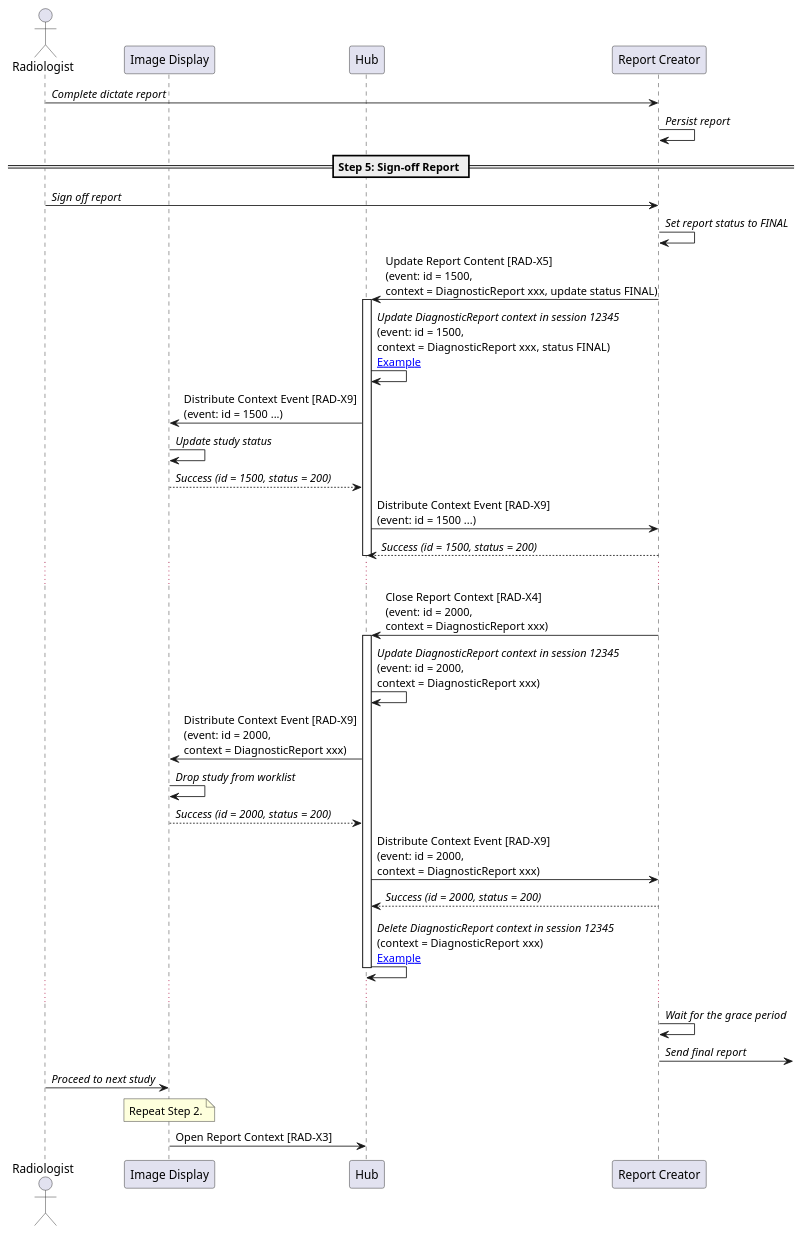
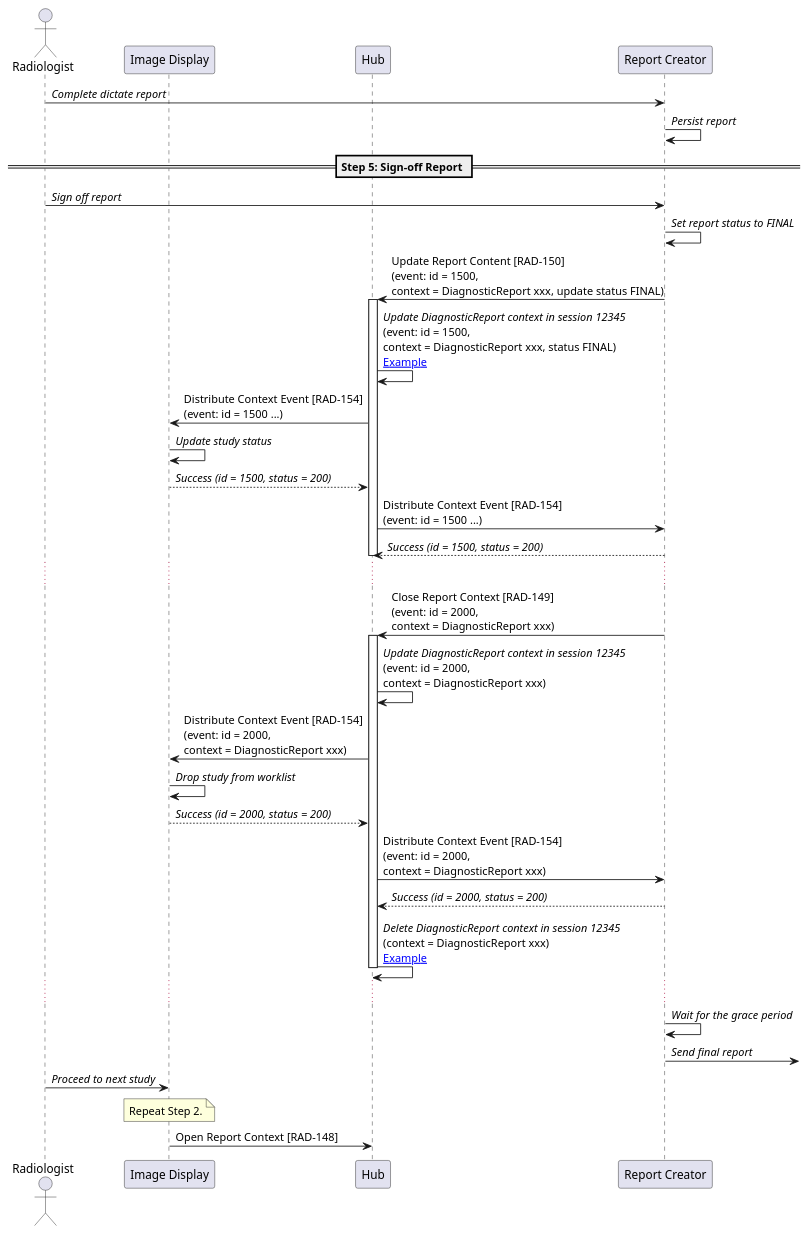
The diagram in input/images-source/step5-signoff-report.plantuml (IHE/RAD.IRA), drawn with PlantUML before and after one commit. The commit also changed 44 other files, not shown here.

```diff
--- a/input/images-source/step5-signoff-report.plantuml
+++ b/input/images-source/step5-signoff-report.plantuml
@@ -1,55 +1,55 @@
 @startuml
 
 actor Radiologist as User
 participant "Image Display" as PACS
 participant "Hub" as Hub
 participant "Report Creator" as Report
 
 User->Report: //Complete dictate report//
 Report->Report: //Persist report//
 
 == Step 5: Sign-off Report ==
 
 User->Report: //Sign off report//
 Report->Report: //Set report status to FINAL//
 
-Report->Hub: Update Report Content [RAD-X5]\n(event: id = 1500,\ncontext = DiagnosticReport xxx, update status FINAL)
+Report->Hub: Update Report Content [RAD-150]\n(event: id = 1500,\ncontext = DiagnosticReport xxx, update status FINAL)
 activate Hub
 
 Hub->Hub: //Update DiagnosticReport context in session 12345//\n(event: id = 1500,\ncontext = DiagnosticReport xxx, status FINAL)\n[[update_report_status.html#available-context-and-content-in-hub Example]]
 
-Hub->PACS: Distribute Context Event [RAD-X9]\n(event: id = 1500 ...)
+Hub->PACS: Distribute Context Event [RAD-154]\n(event: id = 1500 ...)
 PACS->PACS: //Update study status//
 PACS-->Hub: //Success (id = 1500, status = 200)//
-Hub->Report: Distribute Context Event [RAD-X9]\n(event: id = 1500 ...)
+Hub->Report: Distribute Context Event [RAD-154]\n(event: id = 1500 ...)
 Report-->Hub: //Success (id = 1500, status = 200)//
 deactivate Hub
 
 ...
 
-Report->Hub: Close Report Context [RAD-X4]\n(event: id = 2000,\ncontext = DiagnosticReport xxx)
+Report->Hub: Close Report Context [RAD-149]\n(event: id = 2000,\ncontext = DiagnosticReport xxx)
 activate Hub
 
 Hub->Hub: //Update DiagnosticReport context in session 12345//\n(event: id = 2000,\ncontext = DiagnosticReport xxx)
 
-Hub->PACS: Distribute Context Event [RAD-X9]\n(event: id = 2000,\ncontext = DiagnosticReport xxx)
+Hub->PACS: Distribute Context Event [RAD-154]\n(event: id = 2000,\ncontext = DiagnosticReport xxx)
 PACS->PACS: //Drop study from worklist//
 PACS-->Hub: //Success (id = 2000, status = 200)//
-Hub->Report: Distribute Context Event [RAD-X9]\n(event: id = 2000,\ncontext = DiagnosticReport xxx)
+Hub->Report: Distribute Context Event [RAD-154]\n(event: id = 2000,\ncontext = DiagnosticReport xxx)
 Report-->Hub: //Success (id = 2000, status = 200)//
 
 Hub->Hub: //Delete DiagnosticReport context in session 12345//\n(context = DiagnosticReport xxx)\n[[close_study_after_signoff.html#available-context-and-content-in-hub Example]]
 deactivate Hub
 
 ...
 Report->Report: //Wait for the grace period//
 Report->: //Send final report//
 
 User->PACS: //Proceed to next study//
 
 note over PACS
 Repeat Step 2.
 end note
-PACS->Hub: Open Report Context [RAD-X3]
+PACS->Hub: Open Report Context [RAD-148]
 
 @enduml
```
